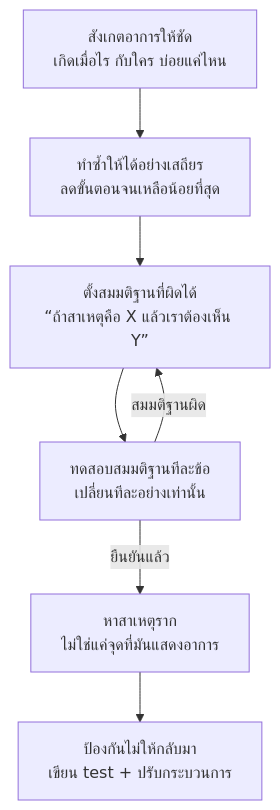
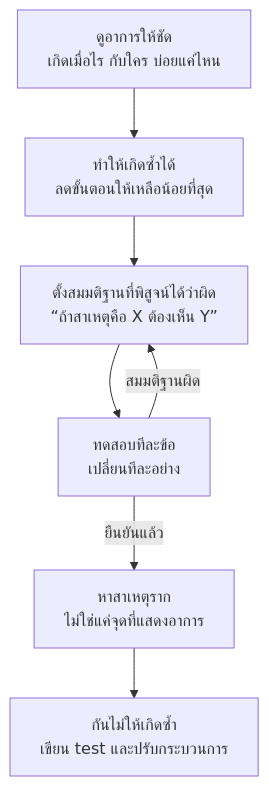
Before and after one commit to CE-SDPX/SDPX-AI: the second of 8 diagrams in readings/06-senior-software-engineer.md, drawn with Mermaid. The commit also changed other lines of this file and 6 other files, not shown here.

````diff
--- a/readings/06-senior-software-engineer.md
+++ b/readings/06-senior-software-engineer.md
@@ -97,13 +92,13 @@
 ```mermaid
 flowchart TD
-    O["สังเกตอาการให้ชัด<br/>เกิดเมื่อไร กับใคร บ่อยแค่ไหน"]
-    R["ทำซ้ำให้ได้อย่างเสถียร<br/>ลดขั้นตอนจนเหลือน้อยที่สุด"]
-    H["ตั้งสมมติฐานที่ผิดได้<br/>“ถ้าสาเหตุคือ X แล้วเราต้องเห็น Y”"]
-    T["ทดสอบสมมติฐานทีละข้อ<br/>เปลี่ยนทีละอย่างเท่านั้น"]
-    F["หาสาเหตุราก<br/>ไม่ใช่แค่จุดที่มันแสดงอาการ"]
-    P["ป้องกันไม่ให้กลับมา<br/>เขียน test + ปรับกระบวนการ"]
+    O["ดูอาการให้ชัด<br/>เกิดเมื่อไร กับใคร บ่อยแค่ไหน"]
+    R["ทำให้เกิดซ้ำได้<br/>ลดขั้นตอนให้เหลือน้อยที่สุด"]
+    H["ตั้งสมมติฐานที่พิสูจน์ได้ว่าผิด<br/>“ถ้าสาเหตุคือ X ต้องเห็น Y”"]
+    T["ทดสอบทีละข้อ<br/>เปลี่ยนทีละอย่าง"]
+    F["หาสาเหตุราก<br/>ไม่ใช่แค่จุดที่แสดงอาการ"]
+    P["กันไม่ให้เกิดซ้ำ<br/>เขียน test และปรับกระบวนการ"]
 
     O --> R --> H --> T
     T -->|"สมมติฐานผิด"| H
     T -->|"ยืนยันแล้ว"| F --> P
 ```
````
